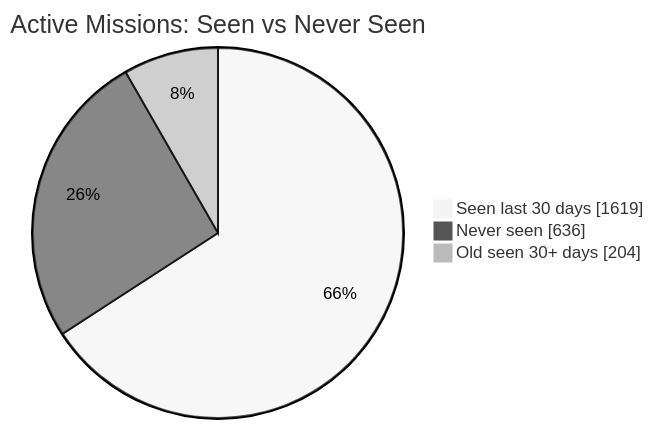
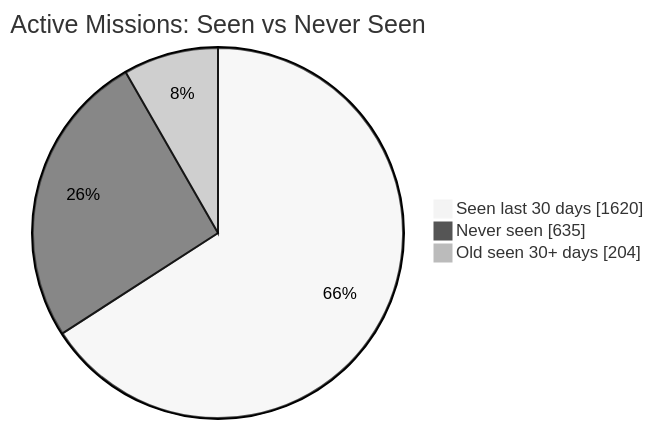
One commit to MeldkamerspelGameTeam/active-missions changed the first of 2 diagrams in README.md. Above: the diagram before and after it, drawn with Mermaid (neutral theme). The commit also changed other lines of this file and 2 other files, not shown here.

````diff
--- a/README.md
+++ b/README.md
@@ -34,7 +34,7 @@
 ```mermaid
 pie showData
     title Active Missions: Seen vs Never Seen
-    "Seen last 30 days" : 1619
-    "Never seen" : 636
+    "Seen last 30 days" : 1620
+    "Never seen" : 635
     "Old seen 30+ days" : 204
 ```
````
